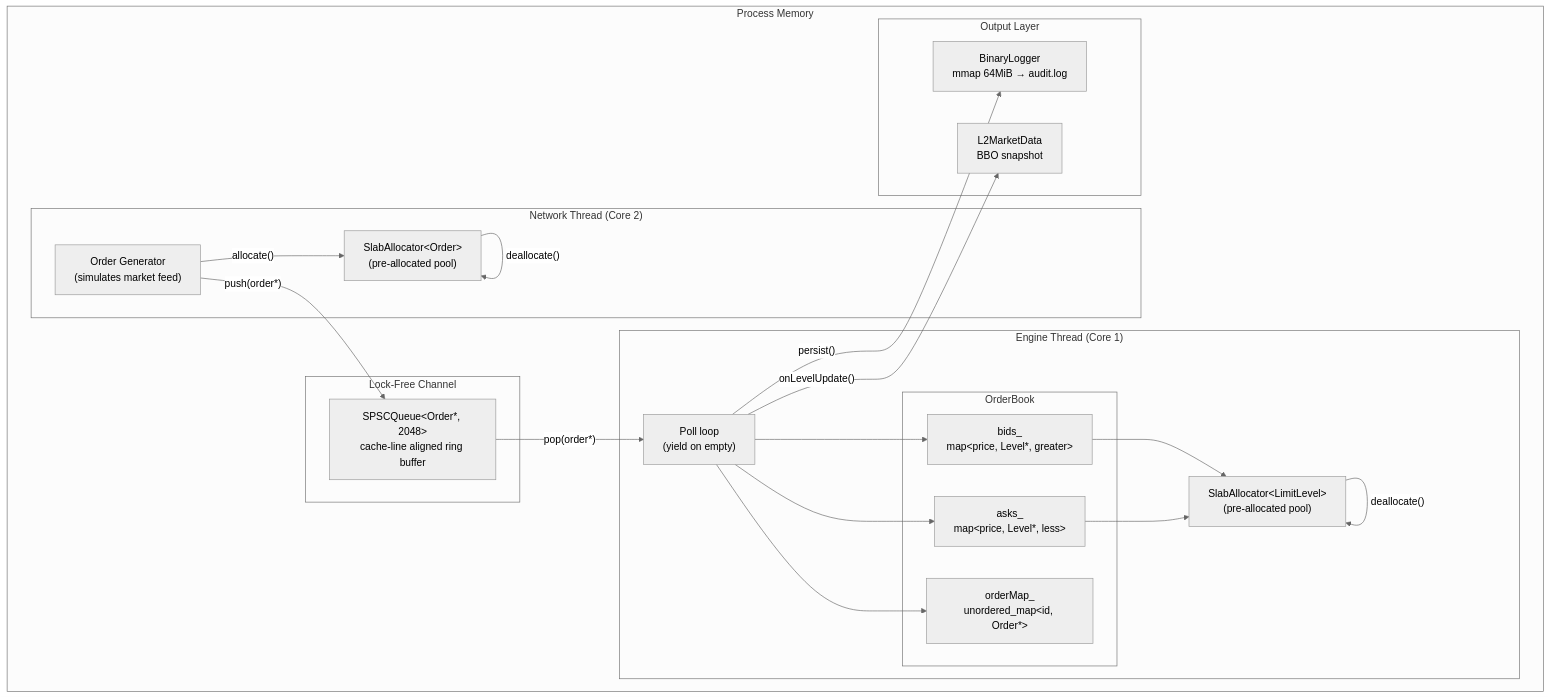
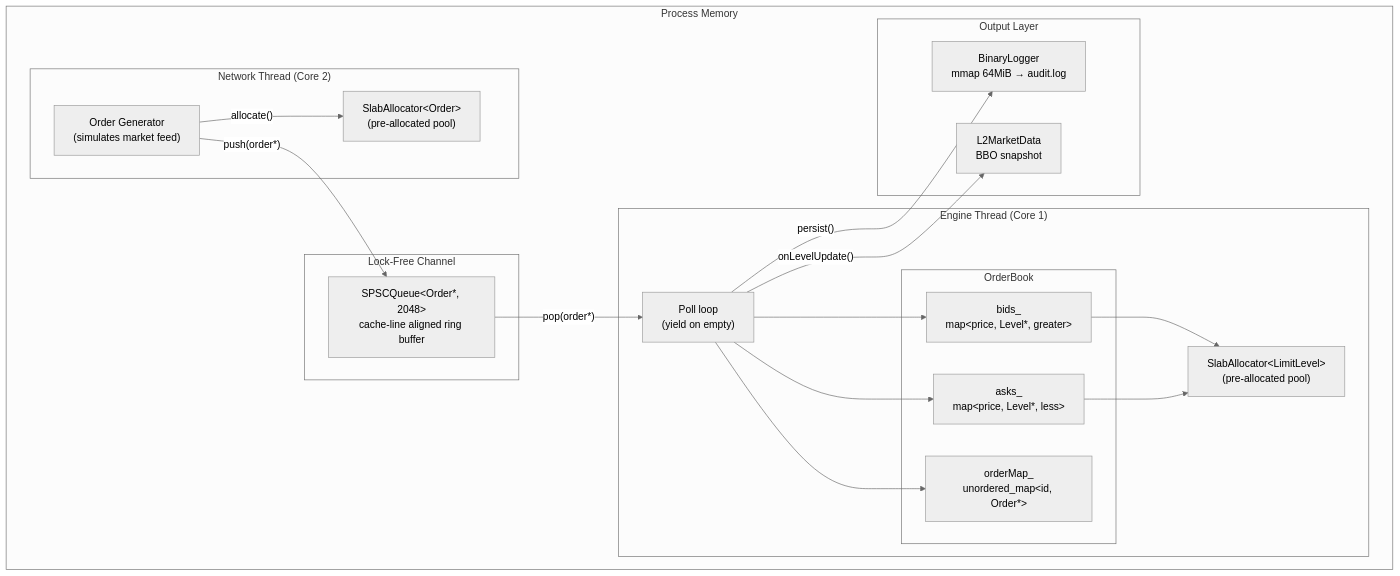
Before and after one commit to nishchay1101/AuraTrade: the first of 2 diagrams in README.md, drawn with Mermaid (neutral theme). The commit also changed other lines of this file, not shown here.

````diff
--- a/README.md
+++ b/README.md
@@ -314,38 +33,36 @@
 ```mermaid
 graph TB
     subgraph "Process Memory"
         subgraph "Network Thread (Core 2)"
             NT["Order Generator\n(simulates market feed)"]
             OP["SlabAllocator&lt;Order&gt;\n(pre-allocated pool)"]
             NT -- "allocate()" --> OP
         end
 
         subgraph "Lock-Free Channel"
             SPQ["SPSCQueue&lt;Order*, 2048&gt;\ncache-line aligned ring buffer"]
         end
 
         subgraph "Engine Thread (Core 1)"
             ET["Poll loop\n(yield on empty)"]
             subgraph "OrderBook"
                 BIDS["bids_\nmap&lt;price, Level*, greater&gt;"]
                 ASKS["asks_\nmap&lt;price, Level*, less&gt;"]
                 OM["orderMap_\nunordered_map&lt;id, Order*&gt;"]
             end
             LP["SlabAllocator&lt;LimitLevel&gt;\n(pre-allocated pool)"]
         end
 
         subgraph "Output Layer"
             BL["BinaryLogger\nmmap 64MiB → audit.log"]
             MD["L2MarketData\nBBO snapshot"]
         end
     end
 
     NT -- "push(order*)" --> SPQ
     SPQ -- "pop(order*)" --> ET
     ET --> BIDS & ASKS & OM
     BIDS & ASKS --> LP
     ET -- "persist()" --> BL
     ET -- "onLevelUpdate()" --> MD
-    OP -- "deallocate()" --> OP
-    LP -- "deallocate()" --> LP
 ```
````
